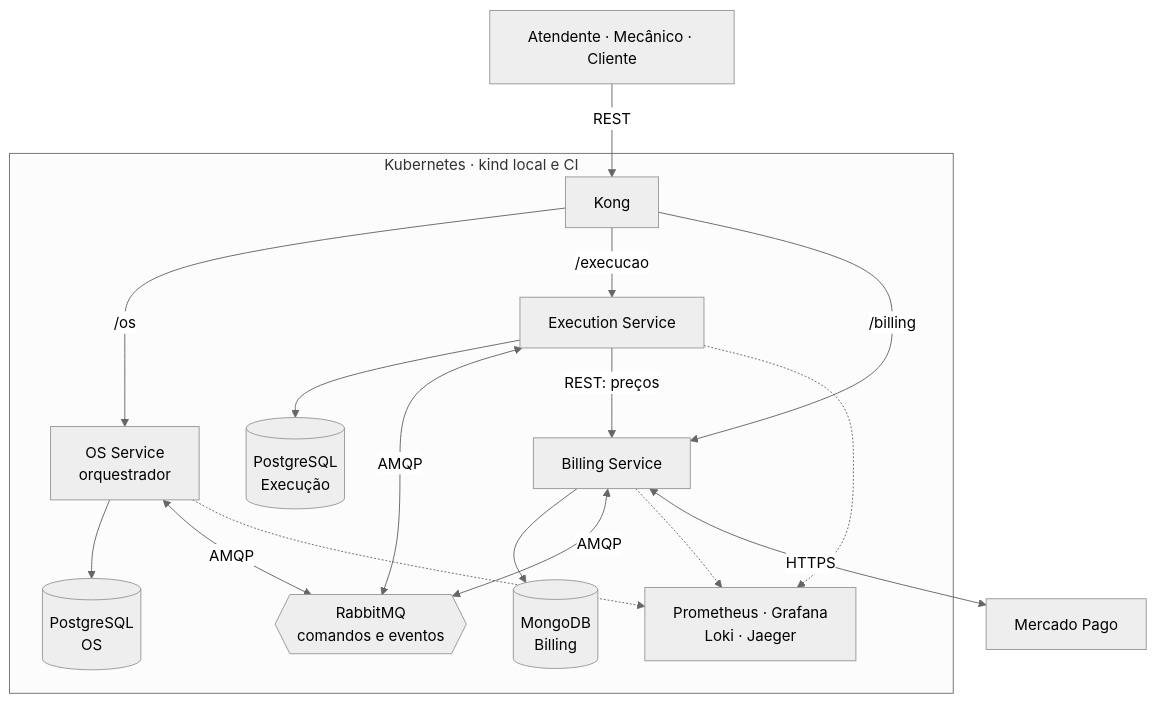
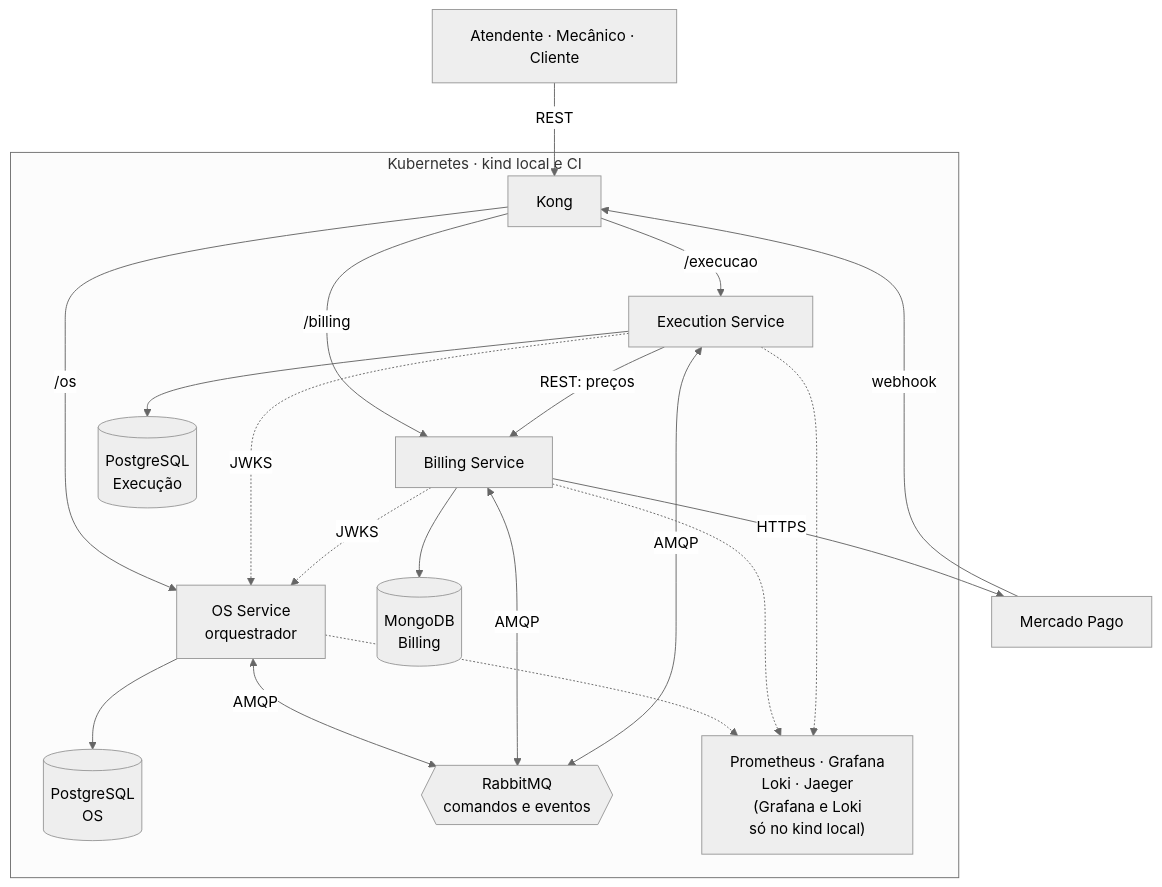
The diagram in README.md (fiap-postech-sw-architecture/postech-sw-arch-p4-platform), drawn with Mermaid (neutral theme) before and after one commit. The commit also changed 25 other files, not shown here.

````diff
--- a/README.md
+++ b/README.md
@@ -157,18 +157,20 @@
 ```mermaid
 flowchart TB
     pessoas["Atendente · Mecânico · Cliente"] -->|REST| kong["Kong"]
     subgraph k8s["Kubernetes · kind local e CI"]
         kong -->|/os| os["OS Service<br/>orquestrador"]
         kong -->|/execucao| execucao["Execution Service"]
         kong -->|/billing| billing["Billing Service"]
         os --> pg_os[("PostgreSQL<br/>OS")]
         billing --> mongo[("MongoDB<br/>Billing")]
         execucao --> pg_execucao[("PostgreSQL<br/>Execução")]
         os <-->|AMQP| rabbit{{"RabbitMQ<br/>comandos e eventos"}}
         billing <-->|AMQP| rabbit
         execucao <-->|AMQP| rabbit
         execucao -->|REST: preços| billing
-        os & billing & execucao -.-> obs["Prometheus · Grafana<br/>Loki · Jaeger"]
+        os & billing & execucao -.-> obs["Prometheus · Grafana<br/>Loki · Jaeger<br/>(Grafana e Loki<br/>só no kind local)"]
+        execucao & billing -.->|JWKS| os
     end
-    billing <-->|HTTPS| mp["Mercado Pago"]
+    billing -->|HTTPS| mp["Mercado Pago"]
+    mp -->|webhook| kong
 ```
````
